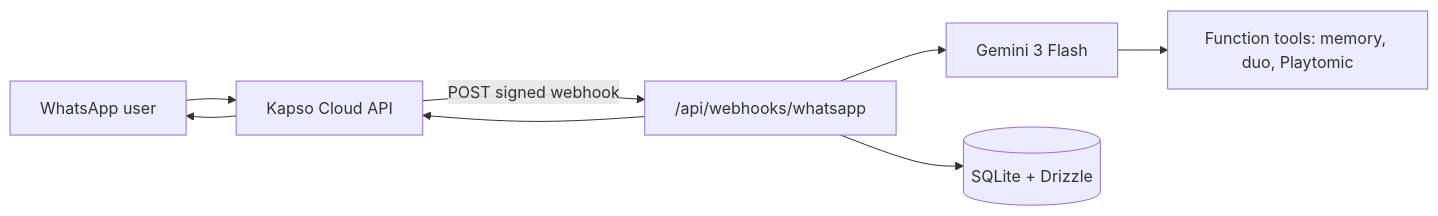
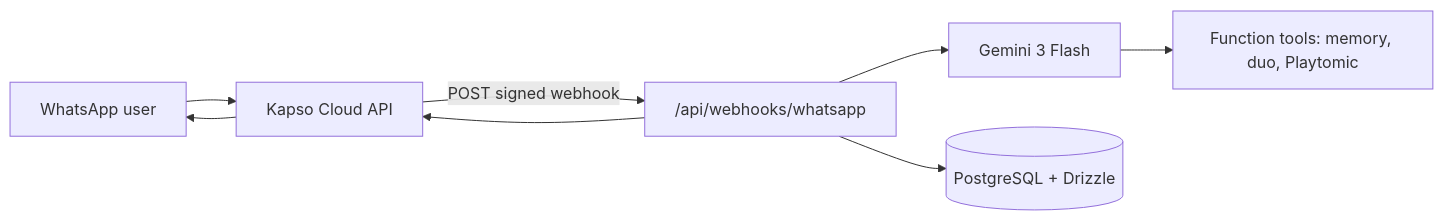
One commit to trenchsheikh/lobsmash-whatsapp changed the diagram in README.md. Above: the diagram before and after it, drawn with Mermaid. The commit also changed other lines of this file and 11 other files, not shown here.

````diff
--- a/README.md
+++ b/README.md
@@ -24,10 +24,10 @@
 ```mermaid
 flowchart LR
   WA[WhatsApp user] --> Kapso[Kapso Cloud API]
   Kapso -->|POST signed webhook| API["/api/webhooks/whatsapp"]
   API --> Gemini[Gemini 3 Flash]
-  API --> DB[(SQLite + Drizzle)]
+  API --> DB[(PostgreSQL + Drizzle)]
   Gemini --> Tools[Function tools: memory, duo, Playtomic]
   API --> Kapso
   Kapso --> WA
 ```
````
